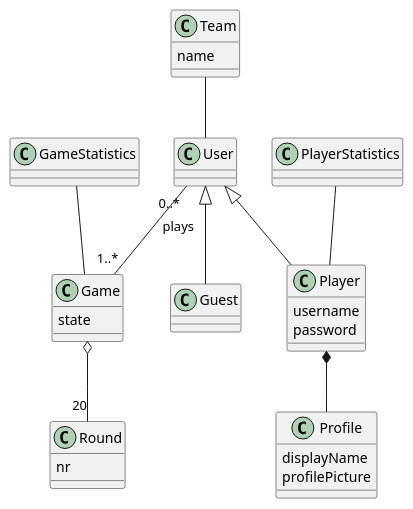
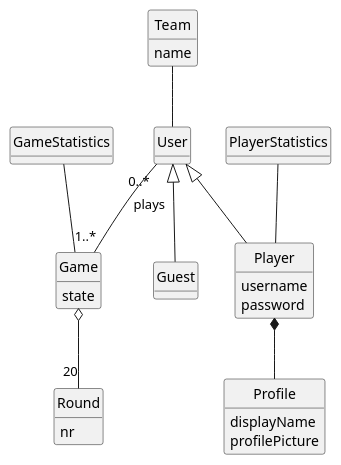
One commit to PascalHonegger/JassTracker changed the diagram in Documentation/src/resources/domain-model.puml. Above: the diagram before and after it, drawn with PlantUML.

Commit message:
style(domain model): hide unneeded elements

```diff
--- a/Documentation/src/resources/domain-model.puml
+++ b/Documentation/src/resources/domain-model.puml
@@ -1,37 +1,41 @@
 @startuml
+
+hide circle
+hide empty methods
+
 class User{
 
 }
 class Game{
     state
 }
 class GameStatistics{
     
 }
 class Player{
     username
     password
 }
 class PlayerStatistics{
 
 }
 class Profile{
     displayName
     profilePicture
 }
 class Round{
     nr
 }
 class Team{
     name
 }
 
 User <|-- Player
 User <|-- Guest
 User "0..*" -- "1..*" Game : plays
 Player *-- Profile
 Team -- User
 Game o-- "20" Round
 GameStatistics -- Game
 PlayerStatistics -- Player
 @enduml
```
